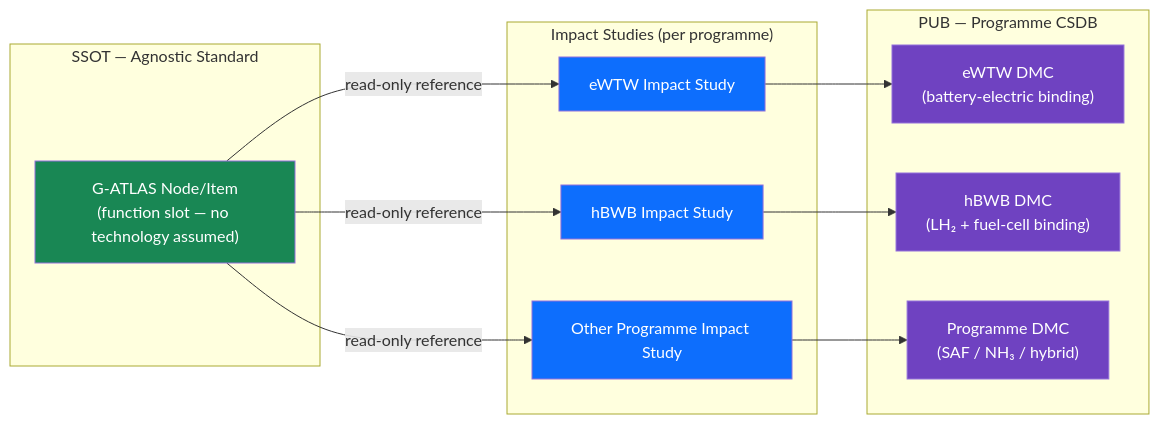
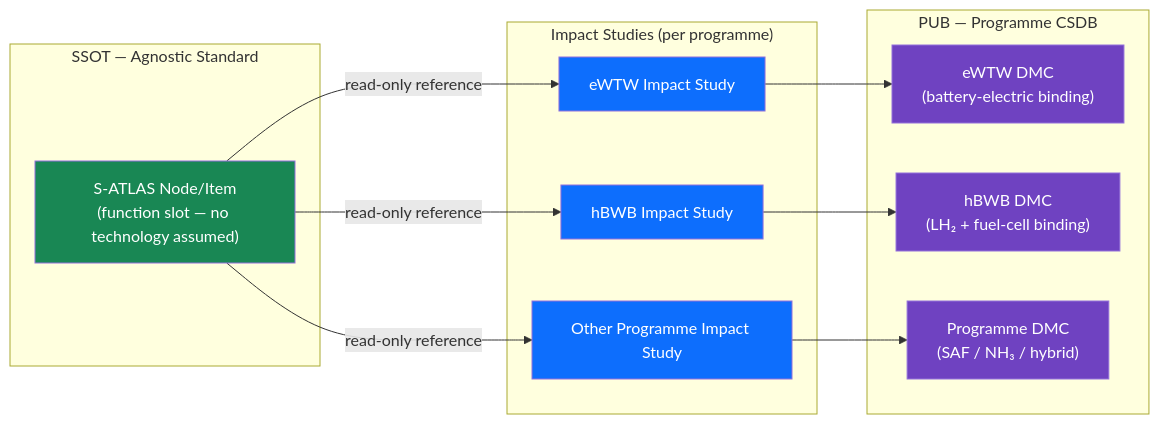
The diagram in 01_OPTIONS_ARCHITECTURE/01-03_TECHNOLOGIES/01-03-01_Q+ATLANTIDE/000-099_S-ATLAS/000-009_General-Information-and-Service/000_General/000-000_General-Introduction/000-000-003-Programme-and-Product-Agnosticism.md (AmedeoPelliccia/Q-plus-A), drawn with Mermaid before and after one commit. The commit also changed other lines of this file and 641 other files, not shown here.

````diff
--- a/01_OPTIONS_ARCHITECTURE/01-03_TECHNOLOGIES/01-03-01_Q+ATLANTIDE/000-099_S-ATLAS/000-009_General-Information-and-Service/000_General/000-000_General-Introduction/000-000-003-Programme-and-Product-Agnosticism.md
+++ b/01_OPTIONS_ARCHITECTURE/01-03_TECHNOLOGIES/01-03-01_Q+ATLANTIDE/000-099_S-ATLAS/000-009_General-Information-and-Service/000_General/000-000_General-Introduction/000-000-003-Programme-and-Product-Agnosticism.md
@@ -103,30 +103,30 @@
 ```mermaid
 graph LR
     subgraph "SSOT — Agnostic Standard"
-        NODE["G-ATLAS Node/Item<br/>(function slot — no technology assumed)"]
+        NODE["S-ATLAS Node/Item<br/>(function slot — no technology assumed)"]
     end
 
     subgraph "Impact Studies (per programme)"
         IS1["eWTW Impact Study"]
         IS2["hBWB Impact Study"]
         IS3["Other Programme Impact Study"]
     end
 
     subgraph "PUB — Programme CSDB"
         P1["eWTW DMC<br/>(battery-electric binding)"]
         P2["hBWB DMC<br/>(LH₂ + fuel-cell binding)"]
         P3["Programme DMC<br/>(SAF / NH₃ / hybrid)"]
     end
 
     NODE -->|"read-only reference"| IS1 --> P1
     NODE -->|"read-only reference"| IS2 --> P2
     NODE -->|"read-only reference"| IS3 --> P3
 
     style NODE fill:#198754,color:#fff
     style IS1 fill:#0d6efd,color:#fff
     style IS2 fill:#0d6efd,color:#fff
     style IS3 fill:#0d6efd,color:#fff
     style P1 fill:#6f42c1,color:#fff
     style P2 fill:#6f42c1,color:#fff
     style P3 fill:#6f42c1,color:#fff
 ```
````
